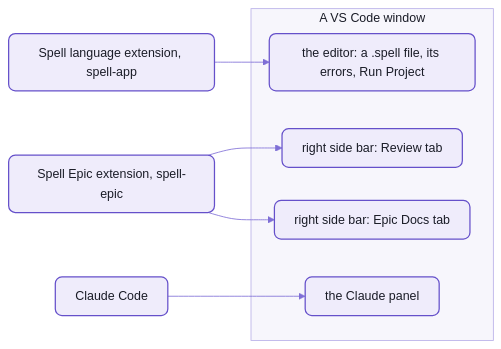
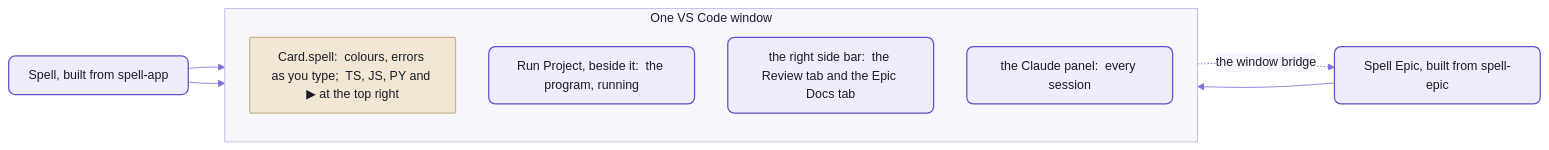
Before and after one commit to spell-app/spell: the first of 2 diagrams in README-vscode.md, drawn with Mermaid. The commit also changed other lines of this file and 12 other files, not shown here.

````diff
--- a/README-vscode.md
+++ b/README-vscode.md
@@ -11,16 +135,19 @@
 ```mermaid
 %%{init: {"theme":"base","themeVariables":{"fontFamily":"-apple-system, BlinkMacSystemFont, Segoe UI, Helvetica, Arial, sans-serif","fontSize":"15px","primaryColor":"#EFECFB","primaryBorderColor":"#6550CA","primaryTextColor":"#1A1C27","secondaryColor":"#F4F1E9","tertiaryColor":"#F7F6FC","lineColor":"#7F6FD6","textColor":"#7F6FD6","clusterBkg":"#F7F6FC","clusterBorder":"#B9B0E8","titleColor":"#1A1C27","edgeLabelBackground":"#F7F6FC","actorBkg":"#EFECFB","actorBorder":"#6550CA","actorTextColor":"#1A1C27","actorLineColor":"#9C90DE","signalColor":"#7F6FD6","signalTextColor":"#7F6FD6","labelBoxBkgColor":"#EFECFB","labelBoxBorderColor":"#6550CA","labelTextColor":"#1A1C27","loopTextColor":"#7F6FD6","noteBkgColor":"#F1E7D4","noteBorderColor":"#C9B48A","noteTextColor":"#1A1C27","activationBkgColor":"#DCD6F7","activationBorderColor":"#6550CA","sequenceNumberColor":"#FFFFFF"},"flowchart":{"curve":"basis","padding":12,"nodeSpacing":40,"rankSpacing":44}}}%%
 flowchart LR
-  subgraph window["A VS Code window"]
-    editor["the editor: a .spell file, its errors, Run Project"]
-    review["right side bar: Review tab"]
-    docs["right side bar: Epic Docs tab"]
-    claude["the Claude panel"]
+  subgraph window["One VS Code window"]
+    direction TB
+    file["Card.spell:  colours, errors as you type;  TS, JS, PY and ▶ at the top right"]
+    run["Run Project, beside it:  the program, running"]
+    bar["the right side bar:  the Review tab and the Epic Docs tab"]
+    claude["the Claude panel:  every session"]
   end
-  lang["Spell language extension, spell-app"] --> editor
-  epicext["Spell Epic extension, spell-epic"] --> review
-  epicext --> docs
-  cc["Claude Code"] --> claude
+  spell["Spell, built from spell-app"] --> file
+  spell --> run
+  epic["Spell Epic, built from spell-epic"] --> bar
+  claude -. "the window bridge" .-> epic
   %% the Spell look:  yarn mermaid:pretty
   classDef default fill:#EFECFB,stroke:#6550CA,stroke-width:1.5px,color:#1A1C27,rx:8px,ry:8px
+  classDef data fill:#F1E7D4,stroke:#C9B48A,stroke-width:1.5px,color:#1A1C27,rx:2px,ry:2px
+  class file data
 ```
````
